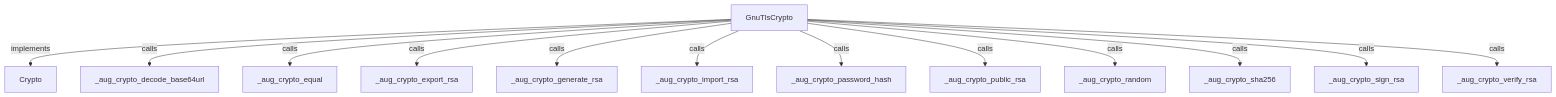
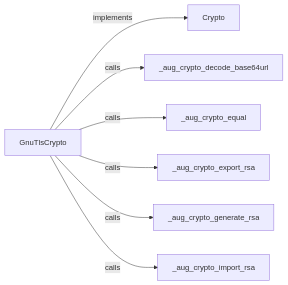
The first of 13 diagrams in docs/examples/oidc-login/dependencies/packages/@git/url_9ef654c66d34ab8f5527/0.0.0-git.b14a0f9aa41f1ce58bd51133bcdc424033e40d40/contracts-diagrams.md (GreenPandaStudios/augscript), drawn with Mermaid before and after one commit. The commit also changed other lines of this file and 304 other files, not shown here.

Commit message:
Make generated data-flow sequences concise and review every diagram

````diff
--- a/docs/examples/oidc-login/dependencies/packages/@git/url_9ef654c66d34ab8f5527/0.0.0-git.b14a0f9aa41f1ce58bd51133bcdc424033e40d40/contracts-diagrams.md
+++ b/docs/examples/oidc-login/dependencies/packages/@git/url_9ef654c66d34ab8f5527/0.0.0-git.b14a0f9aa41f1ce58bd51133bcdc424033e40d40/contracts-diagrams.md
@@ -19,28 +23,16 @@
 ```mermaid
-flowchart TD
+flowchart LR
     n0["Crypto"]
     n1["GnuTlsCrypto"]
     n2["_aug_crypto_decode_base64url"]
     n3["_aug_crypto_equal"]
     n4["_aug_crypto_export_rsa"]
     n5["_aug_crypto_generate_rsa"]
     n6["_aug_crypto_import_rsa"]
-    n7["_aug_crypto_password_hash"]
-    n8["_aug_crypto_public_rsa"]
-    n9["_aug_crypto_random"]
-    n10["_aug_crypto_sha256"]
-    n11["_aug_crypto_sign_rsa"]
-    n12["_aug_crypto_verify_rsa"]
     n1 -->|"implements"| n0
     n1 -->|"calls"| n2
     n1 -->|"calls"| n3
     n1 -->|"calls"| n4
     n1 -->|"calls"| n5
     n1 -->|"calls"| n6
-    n1 -->|"calls"| n7
-    n1 -->|"calls"| n8
-    n1 -->|"calls"| n9
-    n1 -->|"calls"| n10
-    n1 -->|"calls"| n11
-    n1 -->|"calls"| n12
 ```
````
